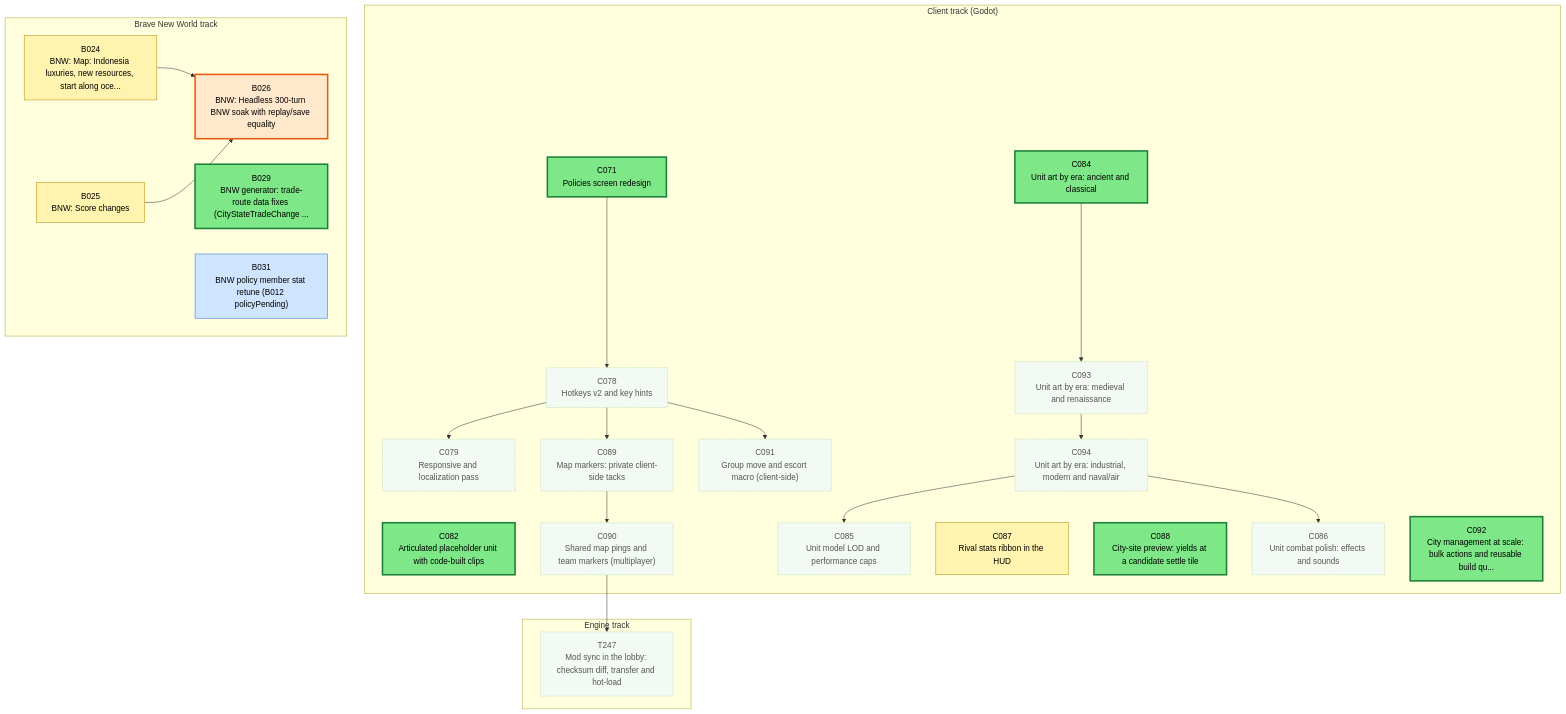
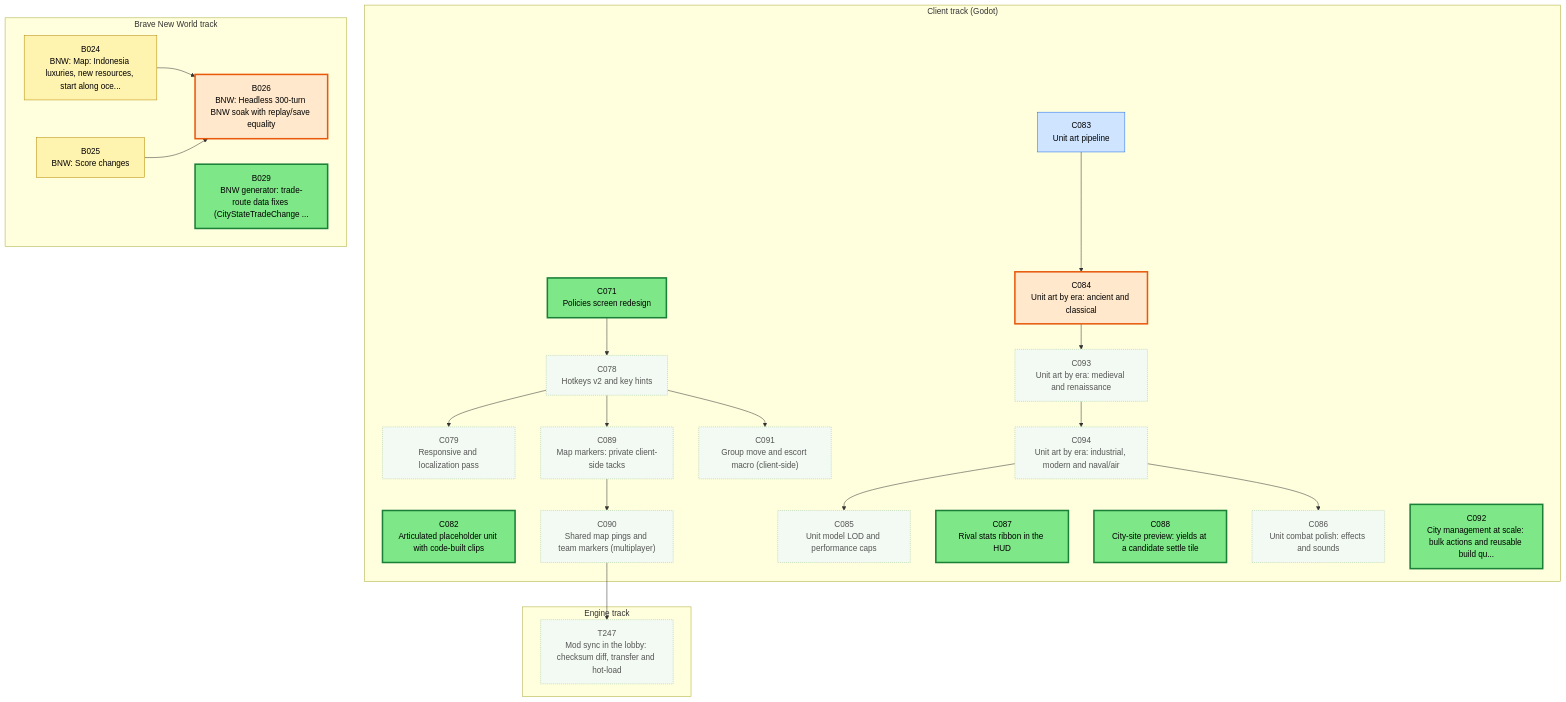
Before and after one commit to Kenmura/Unciv: the first of 3 diagrams in csharp/migration/DEPENDENCY_MAP.md, drawn with Mermaid. The commit also changed other lines of this file and 1 other file, not shown here.

Commit message:
migration: review B031 pass [Adversarial Review]

````diff
--- a/csharp/migration/DEPENDENCY_MAP.md
+++ b/csharp/migration/DEPENDENCY_MAP.md
@@ -25,70 +25,71 @@
 ```mermaid
 flowchart TD
   subgraph TTRACK["Engine track"]
     T247["T247<br/>Mod sync in the lobby: checksum diff, transfer and hot-load"]
   end
   subgraph CTRACK["Client track (Godot)"]
     C071["C071<br/>Policies screen redesign"]
     C078["C078<br/>Hotkeys v2 and key hints"]
     C079["C079<br/>Responsive and localization pass"]
     C082["C082<br/>Articulated placeholder unit with code-built clips"]
+    C083["C083<br/>Unit art pipeline"]
     C084["C084<br/>Unit art by era: ancient and classical"]
     C085["C085<br/>Unit model LOD and performance caps"]
     C086["C086<br/>Unit combat polish: effects and sounds"]
     C087["C087<br/>Rival stats ribbon in the HUD"]
     C088["C088<br/>City-site preview: yields at a candidate settle tile"]
     C089["C089<br/>Map markers: private client-side tacks"]
     C090["C090<br/>Shared map pings and team markers (multiplayer)"]
     C091["C091<br/>Group move and escort macro (client-side)"]
     C092["C092<br/>City management at scale: bulk actions and reusable build qu..."]
     C093["C093<br/>Unit art by era: medieval and renaissance"]
     C094["C094<br/>Unit art by era: industrial, modern and naval/air"]
   end
   subgraph BTRACK["Brave New World track"]
     B024["B024<br/>BNW: Map: Indonesia luxuries, new resources, start along oce..."]
     B025["B025<br/>BNW: Score changes"]
     B026["B026<br/>BNW: Headless 300-turn BNW soak with replay/save equality"]
     B029["B029<br/>BNW generator: trade-route data fixes (CityStateTradeChange ..."]
-    B031["B031<br/>BNW policy member stat retune (B012 policyPending)"]
   end
   C090 --> T247
   C071 --> C078
   C078 --> C079
+  C083 --> C084
   C094 --> C085
   C094 --> C086
   C078 --> C089
   C089 --> C090
   C078 --> C091
   C084 --> C093
   C093 --> C094
   B024 --> B026
   B025 --> B026
   classDef waiting fill:#f3faf3,stroke:#9bc49b,color:#555,stroke-dasharray:2 2
   classDef ondeck fill:#ffe8cc,stroke:#e8590c,stroke-width:3px,color:#000
   classDef ready fill:#7ee787,stroke:#1a7f37,stroke-width:3px,color:#000
   classDef prog fill:#fff3b0,stroke:#b58900,color:#000
   classDef review fill:#cfe4ff,stroke:#1f6feb,color:#000
   classDef blocked fill:#ffd6d6,stroke:#c62828,color:#000
   classDef done fill:#eeeeee,stroke:#999999,color:#666,stroke-dasharray:4 3
   class B024 prog
   class B025 prog
   class B026 ondeck
   class B029 ready
-  class B031 review
   class C071 ready
   class C078 waiting
   class C079 waiting
   class C082 ready
-  class C084 ready
+  class C083 review
+  class C084 ondeck
   class C085 waiting
   class C086 waiting
-  class C087 prog
+  class C087 ready
   class C088 ready
   class C089 waiting
   class C090 waiting
   class C091 waiting
   class C092 ready
   class C093 waiting
   class C094 waiting
   class T247 waiting
 ```
````
